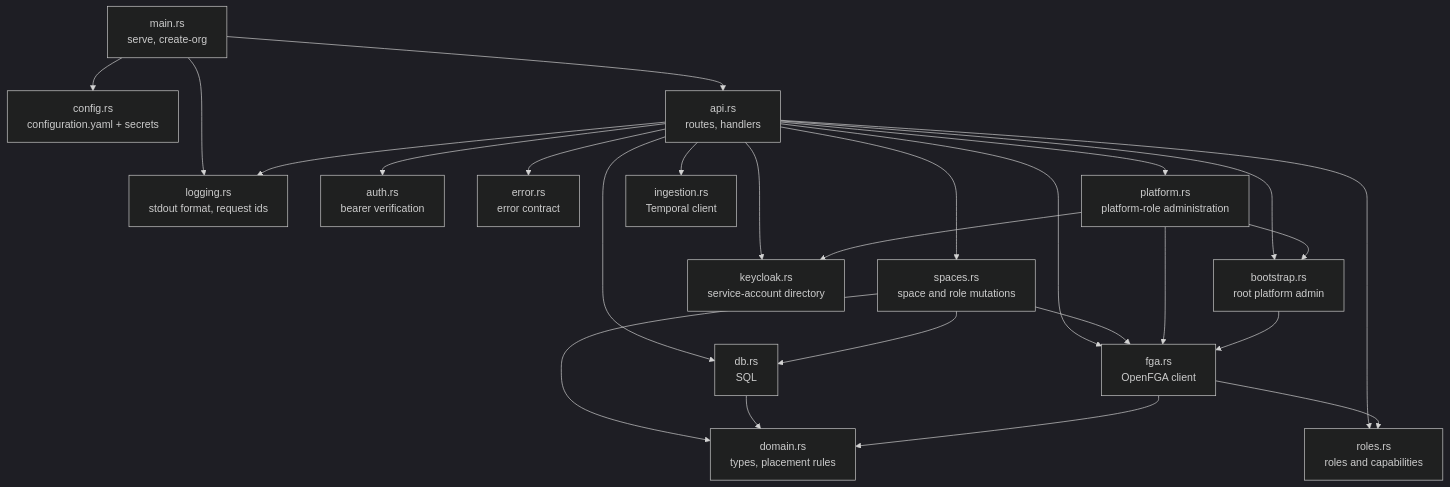
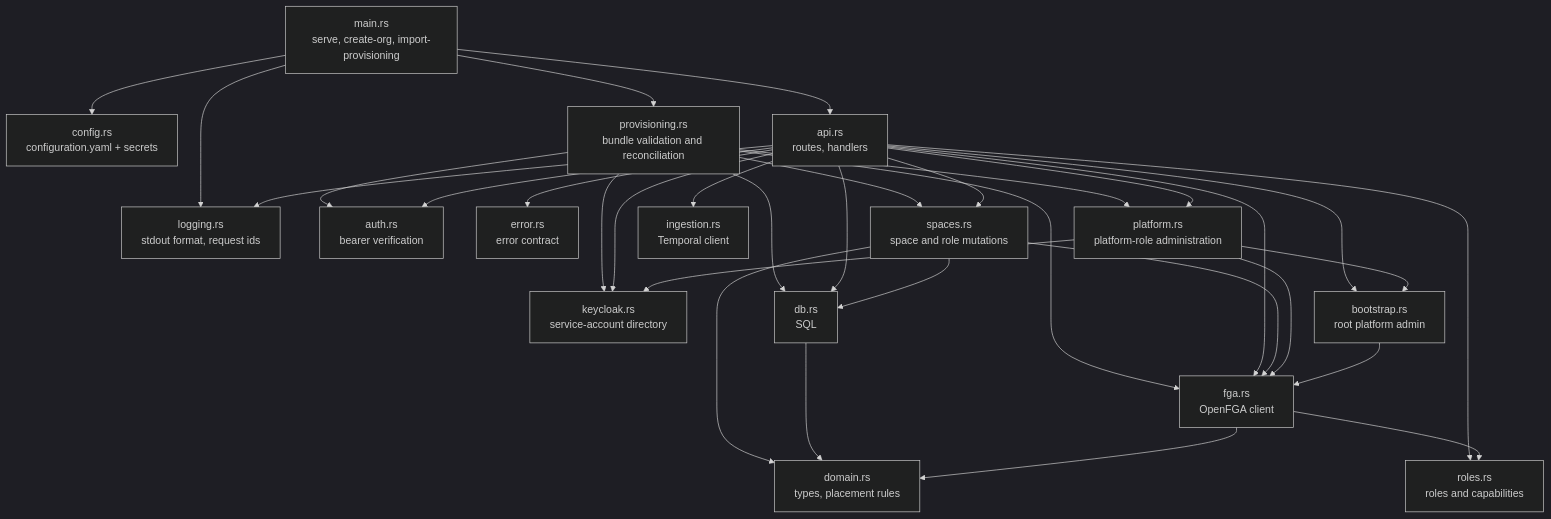
The diagram in docs/architecture/03-building-blocks.md (ThalesGroup/fred), drawn with Mermaid (dark theme) before and after one commit. The commit also changed other lines of this file and 28 other files, not shown here.

Commit message:
feat(#3092): import provisioning bundles with verified platform authority

````diff
--- a/docs/architecture/03-building-blocks.md
+++ b/docs/architecture/03-building-blocks.md
@@ -8,28 +8,30 @@
 ```mermaid
 flowchart TB
-    main["main.rs<br/>serve, create-org"]
+    main["main.rs<br/>serve, create-org, import-provisioning"]
     config["config.rs<br/>configuration.yaml + secrets"]
     logging["logging.rs<br/>stdout format, request ids"]
     api["api.rs<br/>routes, handlers"]
     auth["auth.rs<br/>bearer verification"]
     error["error.rs<br/>error contract"]
     spaces["spaces.rs<br/>space and role mutations"]
+    provisioning["provisioning.rs<br/>bundle validation and reconciliation"]
     platform["platform.rs<br/>platform-role administration"]
     roles["roles.rs<br/>roles and capabilities"]
     directory["keycloak.rs<br/>service-account directory"]
     bootstrap["bootstrap.rs<br/>root platform admin"]
     domain["domain.rs<br/>types, placement rules"]
     db["db.rs<br/>SQL"]
     fga["fga.rs<br/>OpenFGA client"]
     ingestion["ingestion.rs<br/>Temporal client"]
 
-    main --> config & logging & api
+    main --> config & logging & api & provisioning
+    provisioning --> auth & platform & directory & db & fga & spaces
     api --> auth & error & spaces & bootstrap & db & fga & ingestion & logging
     spaces --> domain & db & fga
     api --> platform & roles & directory
     platform --> bootstrap & directory & fga
     fga --> roles
     bootstrap --> fga
     db --> domain
     fga --> domain
 ```
````
